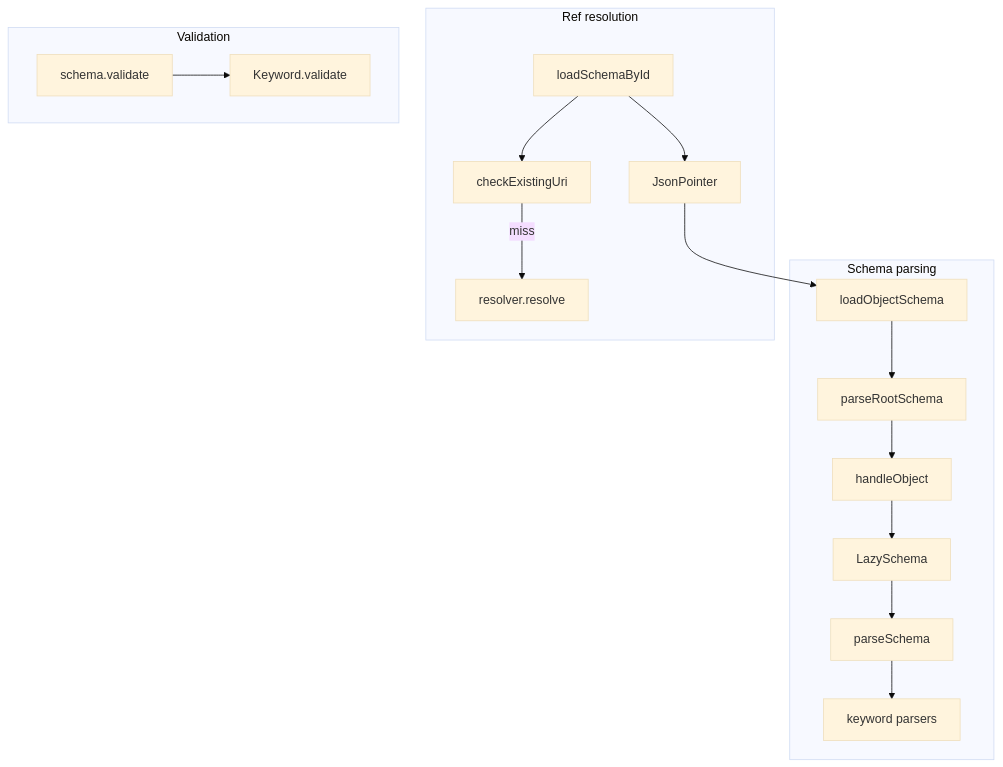
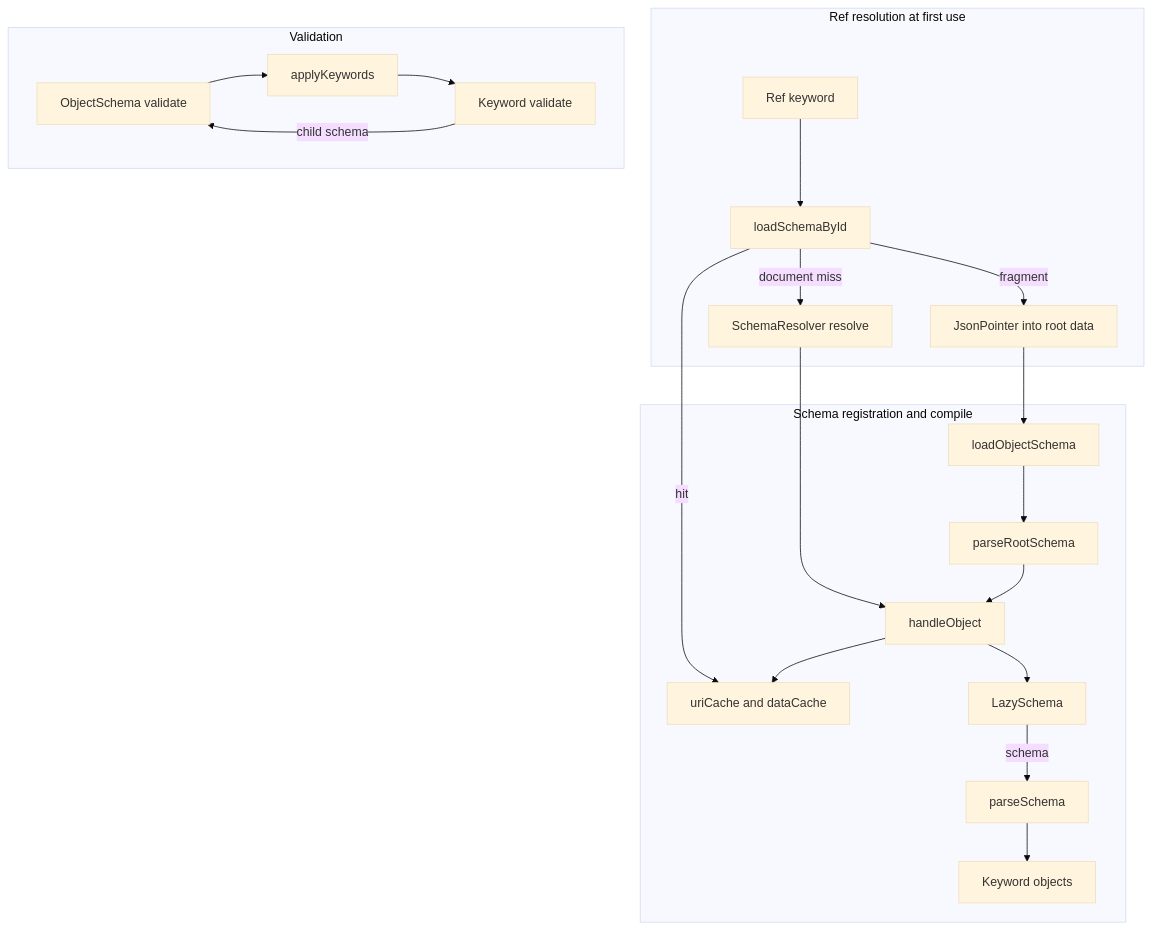
The second of 2 diagrams in research/reports/php/opis-json-schema.md (goddtriffin/json-schema-rs), drawn with Mermaid (base theme) before and after one commit. The commit also changed other lines of this file and 51 other files, not shown here.

````diff
--- a/research/reports/php/opis-json-schema.md
+++ b/research/reports/php/opis-json-schema.md
@@ -125,31 +136,38 @@
 ```mermaid
 flowchart TB
-  subgraph parse [Schema parsing]
+  subgraph parse [Schema registration and compile]
     LoadObject[loadObjectSchema]
     ParseRoot[parseRootSchema]
     HandleObject[handleObject]
+    Caches[uriCache and dataCache]
     Lazy[LazySchema]
     ParseSchema[parseSchema]
-    Keywords[keyword parsers]
+    Keywords[Keyword objects]
     LoadObject --> ParseRoot
     ParseRoot --> HandleObject
     HandleObject --> Lazy
-    Lazy --> ParseSchema
+    HandleObject --> Caches
+    Lazy -->|schema| ParseSchema
     ParseSchema --> Keywords
   end
-  subgraph ref [Ref resolution]
+  subgraph ref [Ref resolution at first use]
+    RefKw[Ref keyword]
     LoadById[loadSchemaById]
-    CheckUri[checkExistingUri]
-    Resolve[resolver.resolve]
-    Pointer[JsonPointer]
-    LoadById --> CheckUri
-    CheckUri -->|miss| Resolve
-    LoadById --> Pointer
+    Resolve[SchemaResolver resolve]
+    Pointer[JsonPointer into root data]
+    RefKw --> LoadById
+    LoadById -->|hit| Caches
+    LoadById -->|document miss| Resolve
+    Resolve --> HandleObject
+    LoadById -->|fragment| Pointer
     Pointer --> LoadObject
   end
   subgraph valid [Validation]
-    SchemaValidate[schema.validate]
-    KeywordValidate[Keyword.validate]
-    SchemaValidate --> KeywordValidate
+    SchemaValidate[ObjectSchema validate]
+    ApplyKeywords[applyKeywords]
+    KeywordValidate[Keyword validate]
+    SchemaValidate --> ApplyKeywords
+    ApplyKeywords --> KeywordValidate
+    KeywordValidate -->|child schema| SchemaValidate
   end
 ```
````
